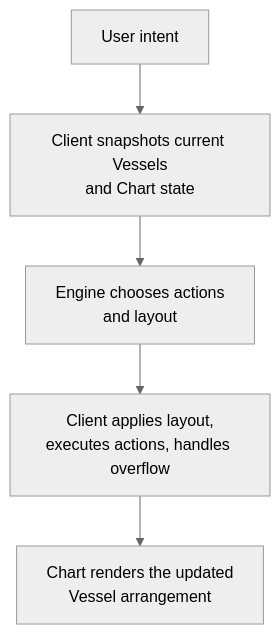
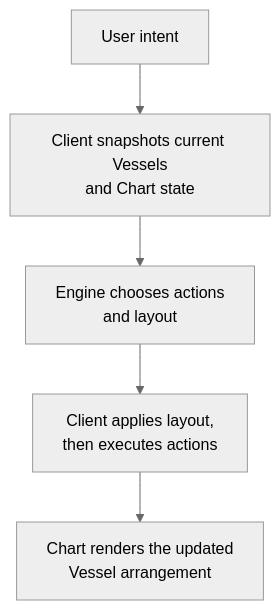
One commit to maelstrom-co/maelstrom changed the first of 2 diagrams in apps/docs/src/content/docs/getting-started/core-concepts.mdx. Above: the diagram before and after it, drawn with Mermaid (neutral theme). The commit also changed other lines of this file and 10 other files, not shown here.

````diff
--- a/apps/docs/src/content/docs/getting-started/core-concepts.mdx
+++ b/apps/docs/src/content/docs/getting-started/core-concepts.mdx
@@ -22,13 +22,13 @@
 ```mermaid
 flowchart TD
   Intent["User intent"]
   Snapshot["Client snapshots current Vessels<br/>and Chart state"]
   Engine["Engine chooses actions<br/>and layout"]
-  Apply["Client applies layout,<br/>executes actions, handles overflow"]
+  Apply["Client applies layout,<br/>then executes actions"]
   Render["Chart renders the updated<br/>Vessel arrangement"]
 
   Intent --> Snapshot
   Snapshot --> Engine
   Engine --> Apply
   Apply --> Render
 ```
````
